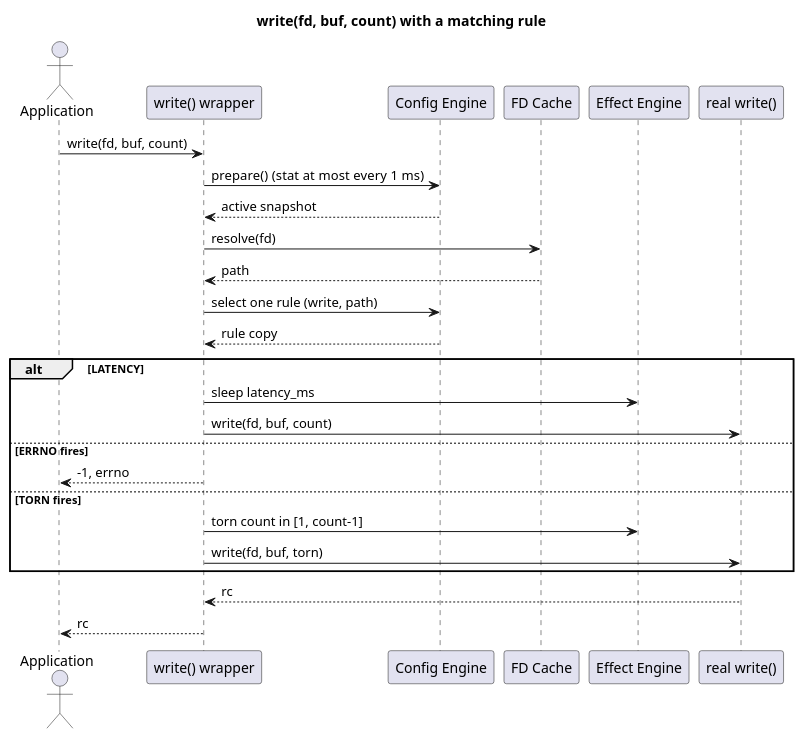
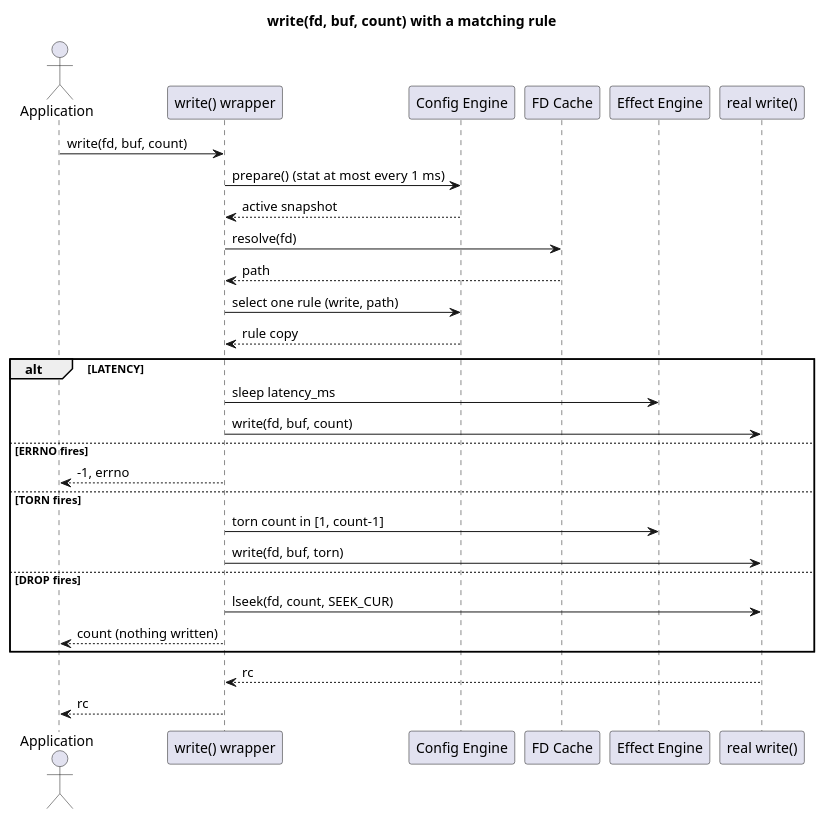
One commit to macstab/macstab-chaos-testing-libraries changed the second of 4 diagrams in docs/IO.md. Above: the diagram before and after it, drawn with PlantUML. The commit also changed other lines of this file and 13 other files, not shown here.

````diff
--- a/docs/IO.md
+++ b/docs/IO.md
@@ -422,31 +427,34 @@
 ```plantuml
 @startuml
 title write(fd, buf, count) with a matching rule
 
 actor Application as App
 participant "write() wrapper" as Wrap
 participant "Config Engine" as Config
 participant "FD Cache" as Cache
 participant "Effect Engine" as Effects
 participant "real write()" as Libc
 
 App -> Wrap : write(fd, buf, count)
 Wrap -> Config : prepare()  (stat at most every 1 ms)
 Config --> Wrap : active snapshot
 Wrap -> Cache : resolve(fd)
 Cache --> Wrap : path
 Wrap -> Config : select one rule (write, path)
 Config --> Wrap : rule copy
 alt LATENCY
   Wrap -> Effects : sleep latency_ms
   Wrap -> Libc : write(fd, buf, count)
 else ERRNO fires
   Wrap --> App : -1, errno
 else TORN fires
   Wrap -> Effects : torn count in [1, count-1]
   Wrap -> Libc : write(fd, buf, torn)
+else DROP fires
+  Wrap -> Libc : lseek(fd, count, SEEK_CUR)
+  Wrap --> App : count (nothing written)
 end
 Libc --> Wrap : rc
 Wrap --> App : rc
 @enduml
 ```
````
